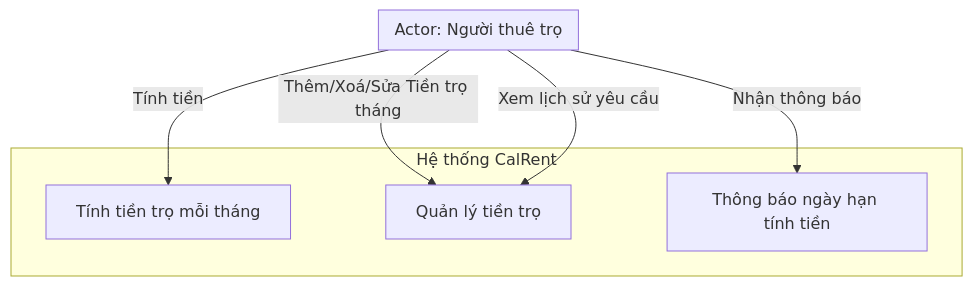
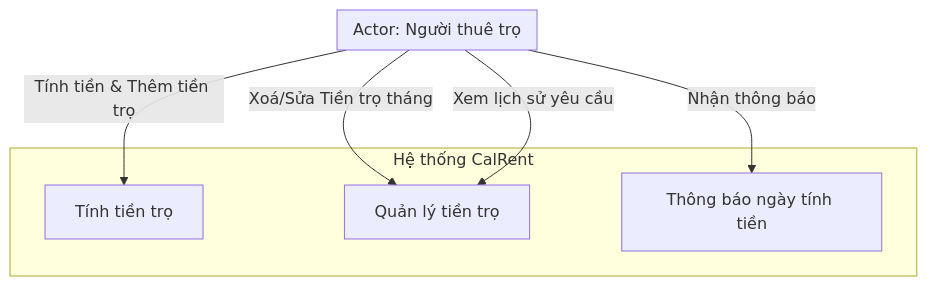
Before and after one commit to Katz-Team/CalRent: the third of 7 diagrams in calculateRent/Docs/software_modeling.md, drawn with Mermaid. The commit also changed other lines of this file, not shown here.

````diff
--- a/calculateRent/Docs/software_modeling.md
+++ b/calculateRent/Docs/software_modeling.md
@@ -42,16 +44,16 @@
 ```mermaid
   graph TD
     subgraph UT["Actor: Người thuê trọ"]
     end
 
     subgraph "Hệ thống CalRent"
-        SS0["Tính tiền trọ mỗi tháng"]
+        SS0["Tính tiền trọ"]
         SS1["Quản lý tiền trọ"]
-        SS2["Thông báo ngày hạn tính tiền"]
+        SS2["Thông báo ngày tính tiền"]
     end
 
-    UT -->|Thêm/Xoá/Sửa Tiền trọ tháng| SS1
+    UT -->|Xoá/Sửa Tiền trọ tháng| SS1
     UT -->|Xem lịch sử yêu cầu| SS1
     UT -->|Nhận thông báo| SS2
-    UT --> |Tính tiền| SS0
+    UT --> |Tính tiền & Thêm tiền trọ| SS0
 ```
````
